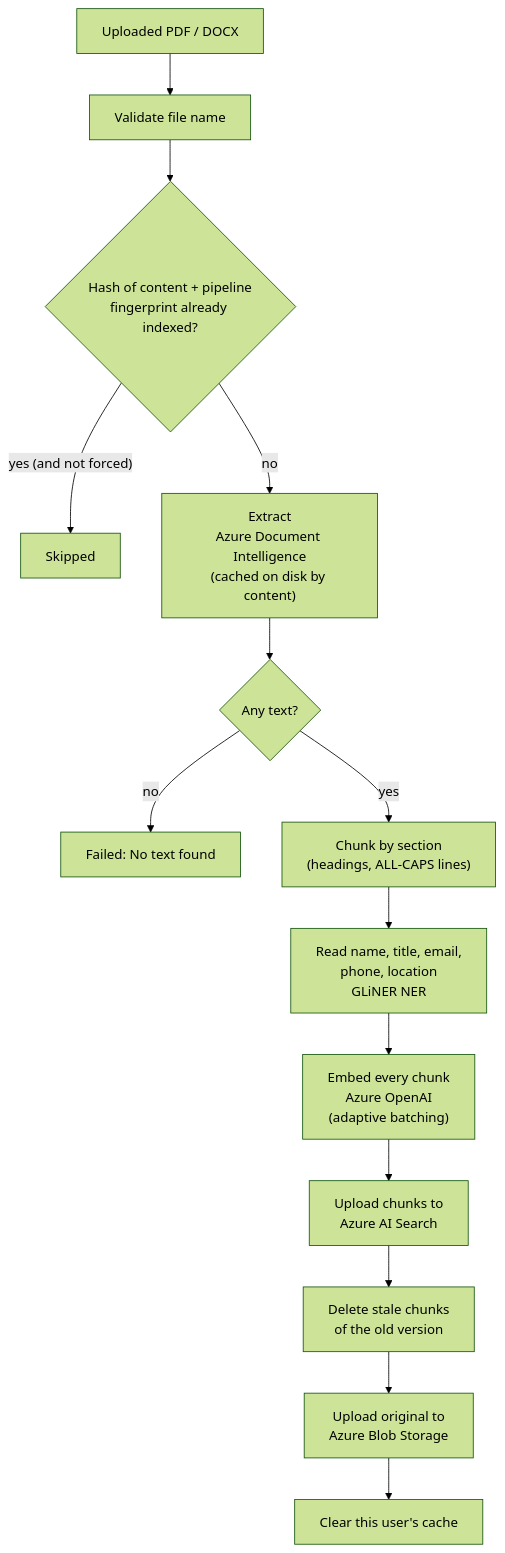
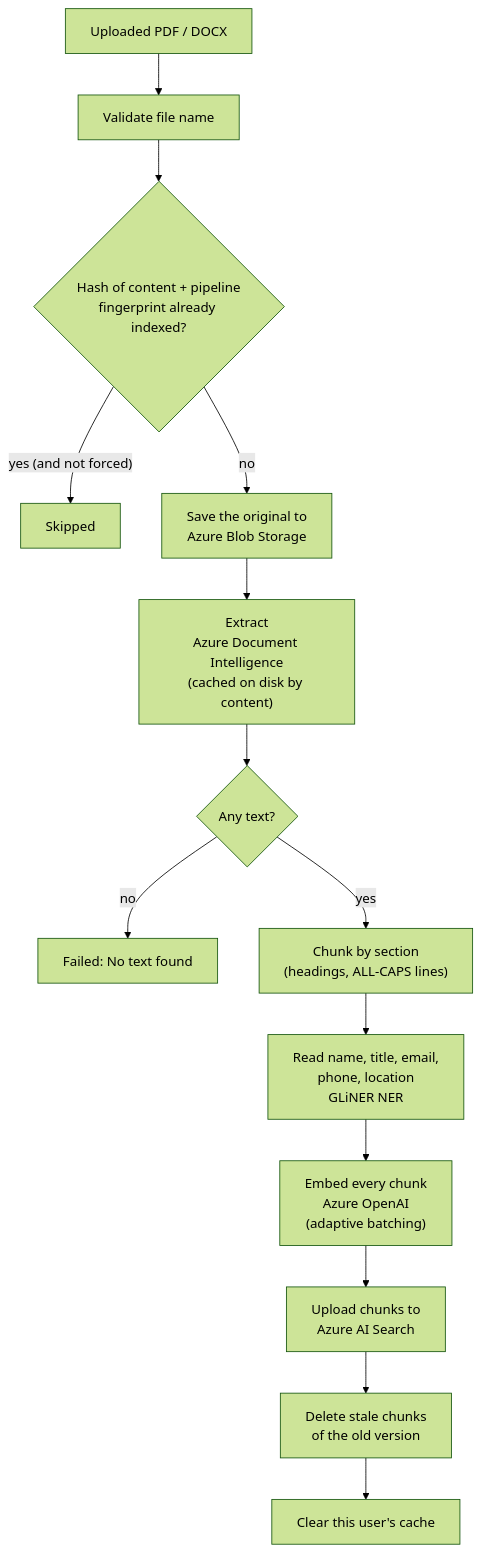
The second of 3 diagrams in README.md (sherif2004/chat-with-cv), drawn with Mermaid (forest theme) before and after one commit. The commit also changed other lines of this file and 2 other files, not shown here.

Commit message:
Refactor CV ingestion process to save original file before indexing, ensuring it remains available for re-indexing in case of failures

````diff
--- a/README.md
+++ b/README.md
@@ -114,16 +114,16 @@
 ```mermaid
 flowchart TD
     A["Uploaded PDF / DOCX"] --> V["Validate file name"]
     V --> H{"Hash of content + pipeline<br/>fingerprint already indexed?"}
     H -- "yes (and not forced)" --> Z["Skipped"]
-    H -- no --> X["Extract<br/>Azure Document Intelligence<br/>(cached on disk by content)"]
+    H -- no --> O["Save the original to<br/>Azure Blob Storage"]
+    O --> X["Extract<br/>Azure Document Intelligence<br/>(cached on disk by content)"]
     X --> T{"Any text?"}
     T -- no --> F["Failed: No text found"]
     T -- yes --> C["Chunk by section<br/>(headings, ALL-CAPS lines)"]
     C --> N["Read name, title, email,<br/>phone, location<br/>GLiNER NER"]
     N --> E["Embed every chunk<br/>Azure OpenAI<br/>(adaptive batching)"]
     E --> U["Upload chunks to<br/>Azure AI Search"]
     U --> D["Delete stale chunks<br/>of the old version"]
-    D --> B["Upload original to<br/>Azure Blob Storage"]
-    B --> K["Clear this user's cache"]
+    D --> K["Clear this user's cache"]
 ```
````
